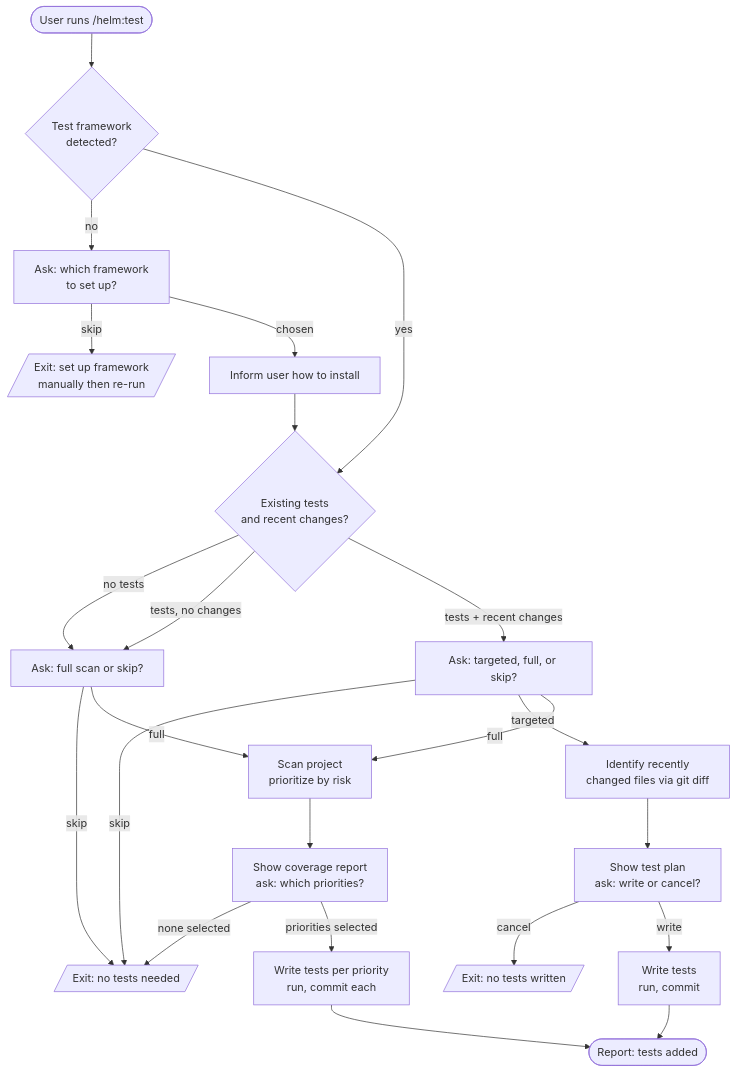
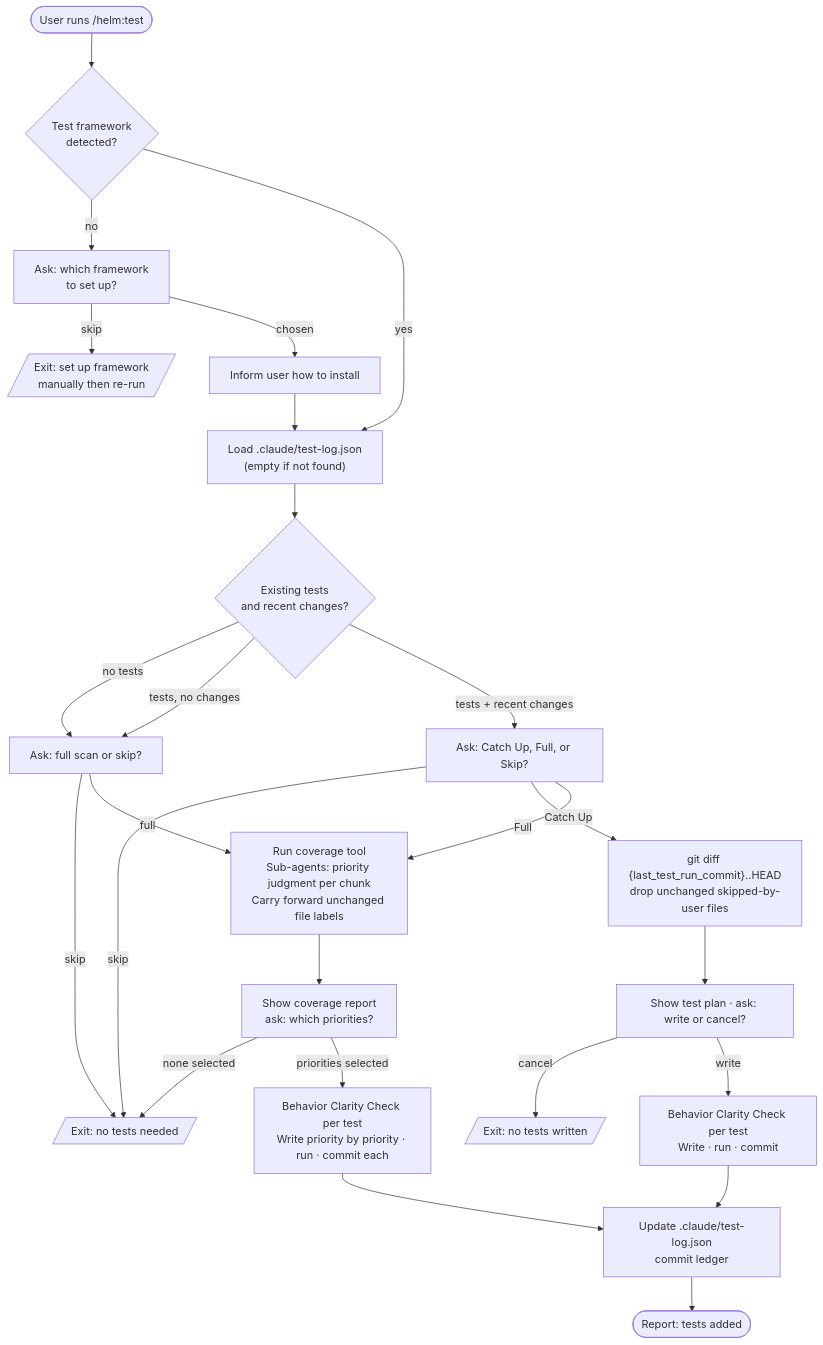
Before and after one commit to myowinthein/agent-helm: the diagram in docs/commands/test.md, drawn with Mermaid. The commit also changed other lines of this file and 1 other file, not shown here.

First line of the commit message:
feat(test): add full_scan_findings to ledger; fix diff logic in assessment

````diff
--- a/docs/commands/test.md
+++ b/docs/commands/test.md
@@ -13,32 +13,34 @@
 ```mermaid
 flowchart TD
   Start([User runs /helm:test]) --> Framework{Test framework<br/>detected?}
   Framework -->|no| AskFW[Ask: which framework<br/>to set up?]
   AskFW -->|skip| FWStop[/Exit: set up framework<br/>manually then re-run/]
   AskFW -->|chosen| FWSetup[Inform user how to install]
-  Framework -->|yes| Assess
-  FWSetup --> Assess
+  Framework -->|yes| Ledger
+  FWSetup --> Ledger
+
+  Ledger["Load .claude/test-log.json<br/>(empty if not found)"] --> Assess
 
   Assess{Existing tests<br/>and recent changes?}
-  Assess -->|no tests| FullOrSkip[Ask: full scan or skip?]
+  Assess -->|no tests| FullOrSkip["Ask: full scan or skip?"]
   Assess -->|tests, no changes| FullOrSkip
-  Assess -->|tests + recent changes| Choice[Ask: targeted, full, or skip?]
+  Assess -->|tests + recent changes| Choice["Ask: Catch Up, Full, or Skip?"]
 
   FullOrSkip -->|skip| Skip[/Exit: no tests needed/]
   FullOrSkip -->|full| FullScan
   Choice -->|skip| Skip
-  Choice -->|targeted| Targeted
-  Choice -->|full| FullScan
+  Choice -->|Catch Up| CatchUp
+  Choice -->|Full| FullScan
 
-  Targeted[Identify recently<br/>changed files via git diff] --> TargetPlan[Show test plan<br/>ask: write or cancel?]
-  TargetPlan -->|cancel| Cancel[/Exit: no tests written/]
-  TargetPlan -->|write| TWrite[Write tests<br/>run, commit]
-  TWrite --> Done
+  CatchUp["git diff {last_test_run_commit}..HEAD<br/>drop unchanged skipped-by-user files"] --> CatchPlan["Show test plan · ask: write or cancel?"]
+  CatchPlan -->|cancel| Cancel[/Exit: no tests written/]
+  CatchPlan -->|write| CWrite["Behavior Clarity Check per test<br/>Write · run · commit"]
+  CWrite --> UpdateLedger
 
-  FullScan[Scan project<br/>prioritize by risk] --> FullPlan[Show coverage report<br/>ask: which priorities?]
+  FullScan["Run coverage tool<br/>Sub-agents: priority judgment per chunk<br/>Carry forward unchanged file labels"] --> FullPlan["Show coverage report<br/>ask: which priorities?"]
   FullPlan -->|none selected| Skip
-  FullPlan -->|priorities selected| FWrite[Write tests per priority<br/>run, commit each]
-  FWrite --> Done
+  FullPlan -->|priorities selected| FWrite["Behavior Clarity Check per test<br/>Write priority by priority · run · commit each"]
+  FWrite --> UpdateLedger
 
-  Done([Report: tests added])
+  UpdateLedger["Update .claude/test-log.json<br/>commit ledger"] --> Done([Report: tests added])
 ```
````
